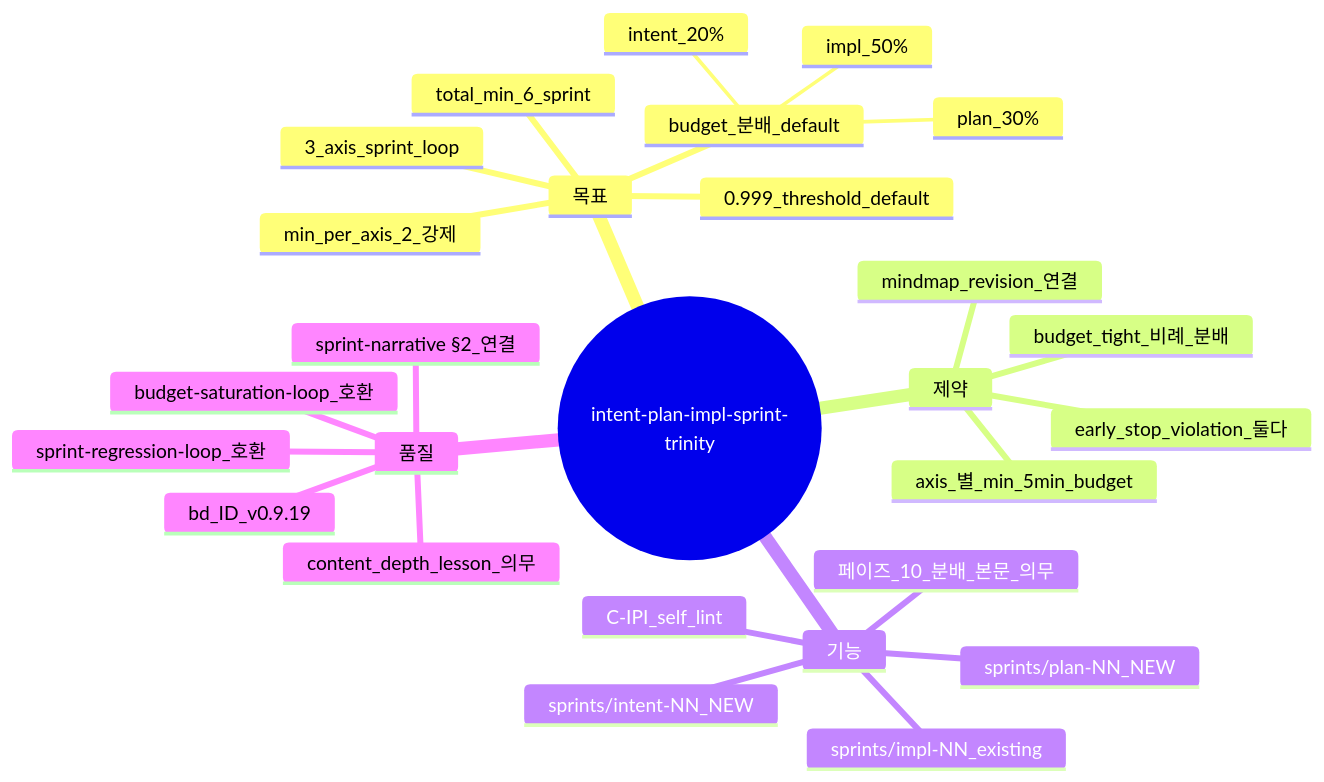
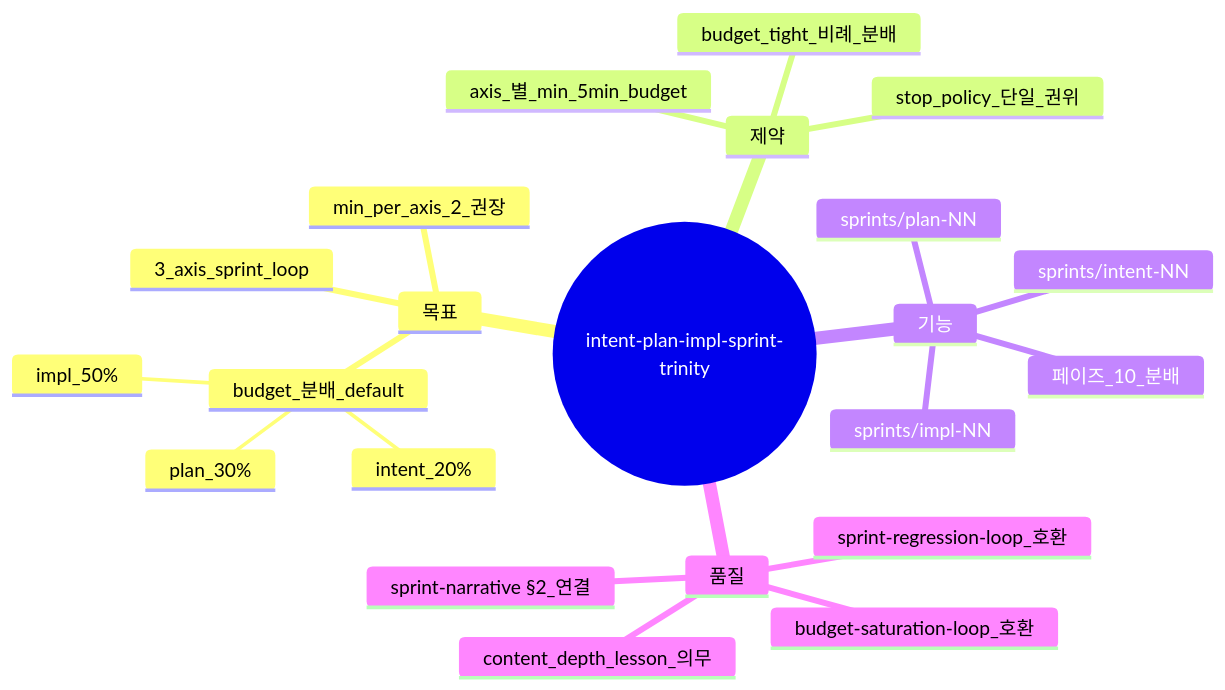
The diagram in skills/theseus-harness/conventions/intent-plan-impl-sprint-trinity.md (whyjp/ShipofTheseus), drawn with Mermaid before and after one commit. The commit also changed other lines of this file and 24 other files, not shown here.

First line of the commit message:
feat(b2b): budget-saturation stop_policy 재작성 + 0.999 prose 정정 + self_lint --score 보고모드

````diff
--- a/skills/theseus-harness/conventions/intent-plan-impl-sprint-trinity.md
+++ b/skills/theseus-harness/conventions/intent-plan-impl-sprint-trinity.md
@@ -101,30 +73,25 @@
 ```mermaid
 mindmap
   root((intent-plan-impl-sprint-trinity))
     목표
       3_axis_sprint_loop
-      min_per_axis_2_강제
-      total_min_6_sprint
-      0.999_threshold_default
+      min_per_axis_2_권장
       budget_분배_default
         intent_20%
         plan_30%
         impl_50%
     제약
       axis_별_min_5min_budget
-      early_stop_violation_둘다
+      stop_policy_단일_권위
       budget_tight_비례_분배
-      mindmap_revision_연결
     기능
-      C-IPI_self_lint
-      sprints/intent-NN_NEW
-      sprints/plan-NN_NEW
-      sprints/impl-NN_existing
-      페이즈_10_분배_본문_의무
+      sprints/intent-NN
+      sprints/plan-NN
+      sprints/impl-NN
+      페이즈_10_분배
     품질
       sprint-regression-loop_호환
       budget-saturation-loop_호환
       sprint-narrative §2_연결
       content_depth_lesson_의무
-      bd_ID_v0.9.19
 ```
````
